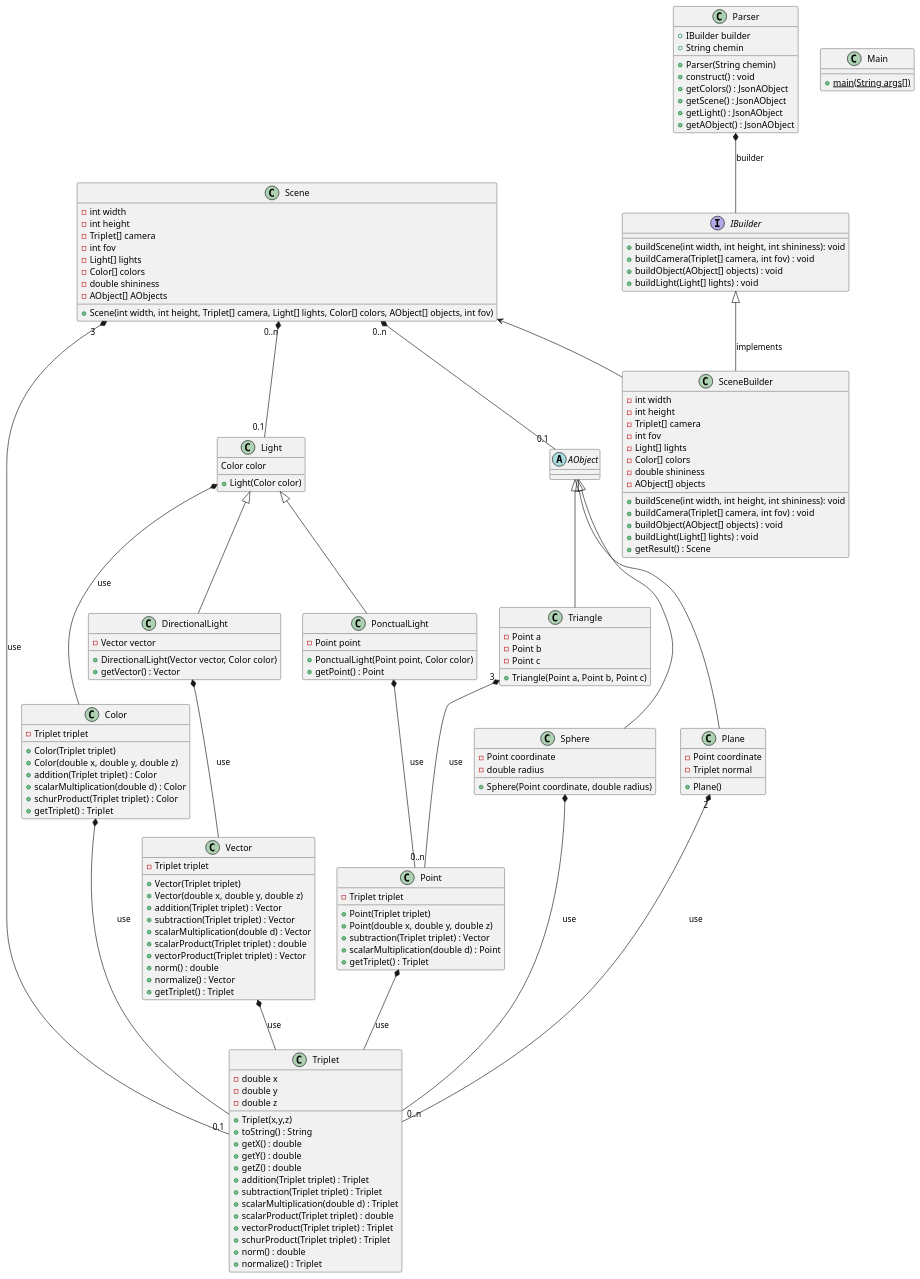
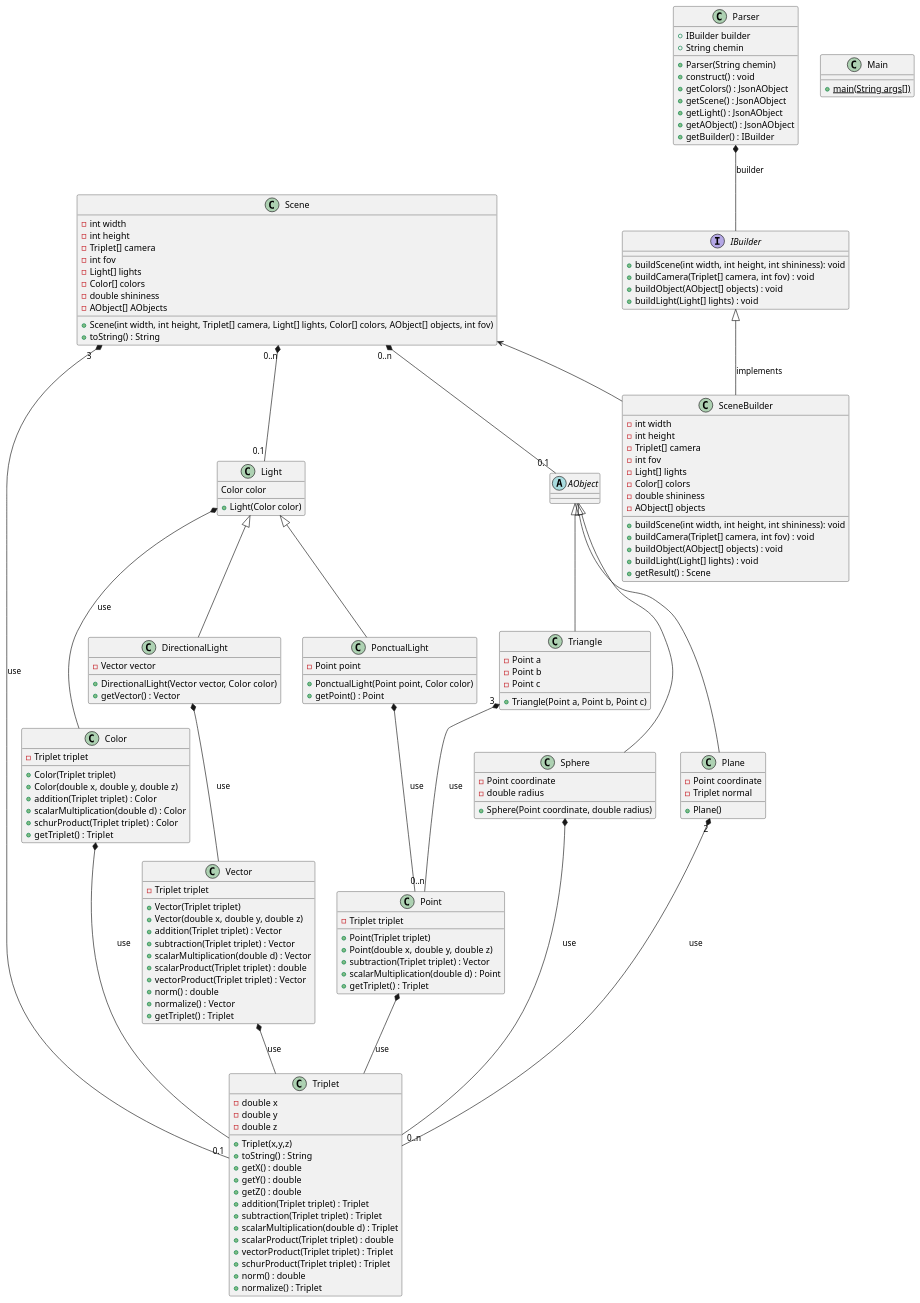
Before and after one commit to DarkWolf62/RaytracerLib: the diagram in RayTracing.puml, drawn with PlantUML.

Commit message:
:memo: Modification de l'UML #1

```diff
--- a/RayTracing.puml
+++ b/RayTracing.puml
@@ -1,190 +1,192 @@
 @startuml
 
 class Triplet
 class Vector
 class Point
 class Color
 class Main
 class Light
 class DirectionalLight
 class PonctualLight
 abstract class AObject
 
 class Plane
 class Triangle
 class Sphere
 
 class Scene
 interface IBuilder
 class SceneBuilder
 
 Vector *-- Triplet : use
 Color *-- Triplet : use
 Point *-- Triplet : use
 
 DirectionalLight *-- Vector : use
 
 Light *-- Color : use
 PonctualLight *-- Point : use
 
 
 Triangle "3" *-- "0..n" Point : use
 Plane "2" *-- "0..n" Triplet : use
 Sphere *-- Triplet : use
 
 Parser *-- IBuilder : builder
 IBuilder <|-- SceneBuilder : implements
 Scene <-- SceneBuilder
 Scene "0..n" *-- "0.1" Light
 Scene "0..n" *-- "0.1" AObject
 Scene "3"*-- "0.1" Triplet : use
 
 
 
 class Triplet {
 -double x
 -double y
 -double z
 
 +Triplet(x,y,z)
 +toString() : String
 +getX() : double
 +getY() : double
 +getZ() : double
 +addition(Triplet triplet) : Triplet
 +subtraction(Triplet triplet) : Triplet
 +scalarMultiplication(double d) : Triplet
 +scalarProduct(Triplet triplet) : double
 +vectorProduct(Triplet triplet) : Triplet
 +schurProduct(Triplet triplet) : Triplet
 +norm() : double
 +normalize() : Triplet
 }
 
 class Vector{
 -Triplet triplet
 +Vector(Triplet triplet)
 +Vector(double x, double y, double z)
 +addition(Triplet triplet) : Vector
 +subtraction(Triplet triplet) : Vector
 +scalarMultiplication(double d) : Vector
 +scalarProduct(Triplet triplet) : double
 +vectorProduct(Triplet triplet) : Vector
 +norm() : double
 +normalize() : Vector
 + getTriplet() : Triplet
 }
 
 class Point{
 - Triplet triplet
 +Point(Triplet triplet)
 +Point(double x, double y, double z)
 +subtraction(Triplet triplet) : Vector
 +scalarMultiplication(double d) : Point
 + getTriplet() : Triplet
 }
 
 class Color{
 - Triplet triplet
 +Color(Triplet triplet)
 +Color(double x, double y, double z)
 + addition(Triplet triplet) : Color
 + scalarMultiplication(double d) : Color
 + schurProduct(Triplet triplet) : Color
 + getTriplet() : Triplet
 }
 
 
 class Light{
 Color color
 + Light(Color color)
 }
 
 class PonctualLight extends Light{
 - Point point
 + PonctualLight(Point point, Color color)
 + getPoint() : Point
 }
 
 class DirectionalLight extends Light{
 - Vector vector
 + DirectionalLight(Vector vector, Color color)
 + getVector() : Vector
 }
 
 class Triangle extends AObject {
 - Point a
 - Point b
 - Point c
 + Triangle(Point a, Point b, Point c)
 }
 
 class Plane extends AObject{
 - Point coordinate
 - Triplet normal
 + Plane()
 }
 
 class Sphere extends AObject {
 - Point coordinate
 - double radius
 + Sphere(Point coordinate, double radius)
 }
 
 'note "Patron de conception : Builder" as N2
 'Scene .. N2
 'IBuilder .. N2
 'SceneBuilder .. N2
 'Parser .. N2
 
 class Scene{
 - int width
 - int height
 - Triplet[] camera
 - int fov
 - Light[] lights
 - Color[] colors
 - double shininess
 - AObject[] AObjects
 + Scene(int width, int height, Triplet[] camera, Light[] lights, Color[] colors, AObject[] objects, int fov)
++ toString() : String
 }
 
 interface IBuilder {
 + buildScene(int width, int height, int shininess): void
 + buildCamera(Triplet[] camera, int fov) : void
 + buildObject(AObject[] objects) : void
 + buildLight(Light[] lights) : void
 }
 
 class SceneBuilder {
 - int width
 - int height
 - Triplet[] camera
 - int fov
 - Light[] lights
 - Color[] colors
 - double shininess
 - AObject[] objects
 + buildScene(int width, int height, int shininess): void
 + buildCamera(Triplet[] camera, int fov) : void
 + buildObject(AObject[] objects) : void
 + buildLight(Light[] lights) : void
 + getResult() : Scene
 }
 
 class Parser {
 +IBuilder builder
 +String chemin
 +Parser(String chemin)
 +construct() : void
 + getColors() : JsonAObject
 +getScene() : JsonAObject
 +getLight() : JsonAObject
 +getAObject() : JsonAObject
++ getBuilder() : IBuilder
 }
 
 class Main{
 + {static} main(String args[])
 }
 
 @enduml
```
